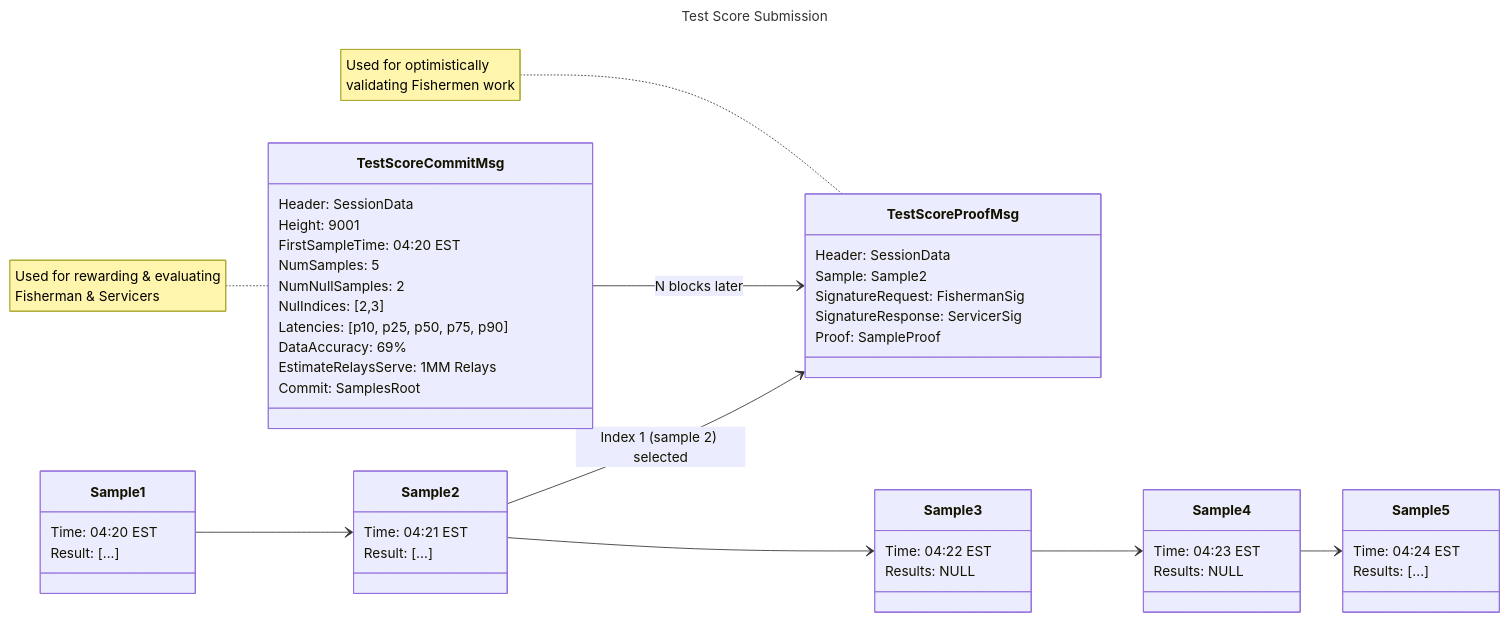
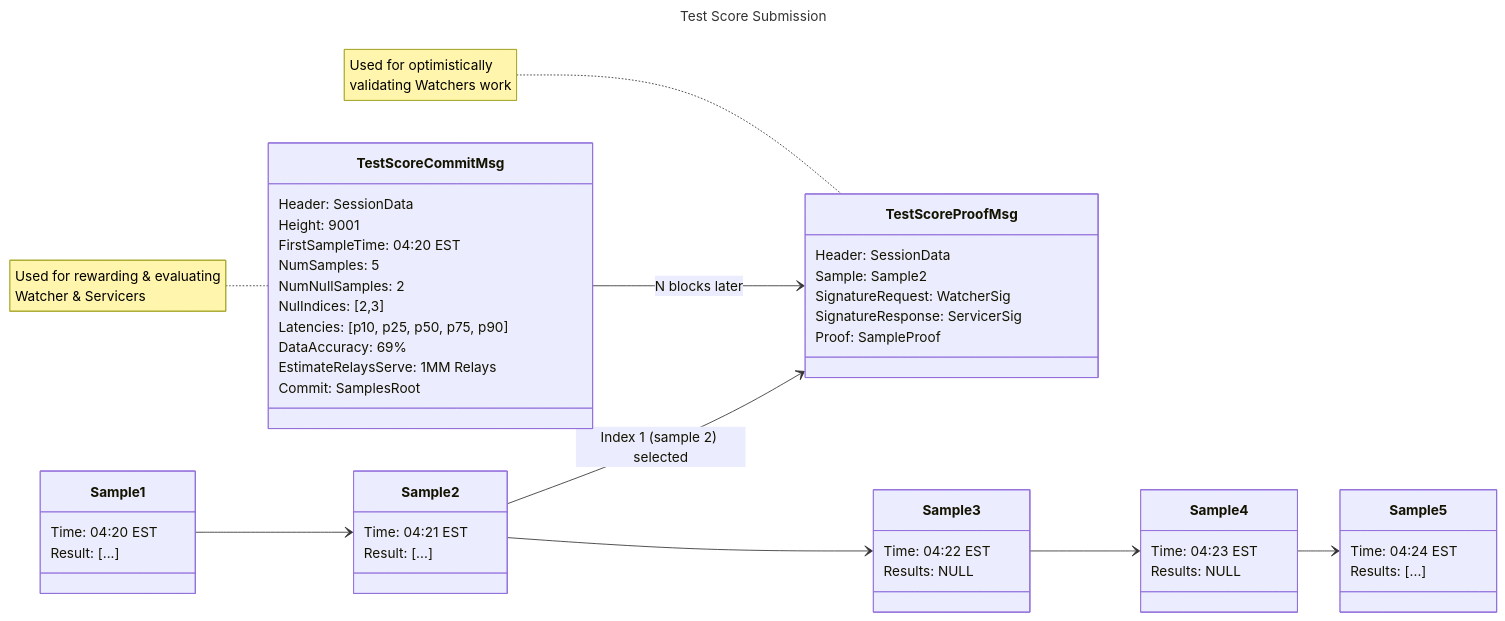
The tenth of 16 diagrams in utility/README.md (pokt-network/pocket-network-protocol), drawn with Mermaid before and after one commit. The commit also changed other lines of this file and 2 other files, not shown here.

Commit message:
Rename all instances of fisherman to watcher

````diff
--- a/utility/README.md
+++ b/utility/README.md
@@ -633,59 +633,59 @@
 ```mermaid
 ---
 title: Test Score Submission
 ---
 classDiagram
     direction LR
 
-    note for TestScoreCommitMsg "Used for rewarding & evaluating<br> Fisherman & Servicers"
+    note for TestScoreCommitMsg "Used for rewarding & evaluating<br> Watcher & Servicers"
     class TestScoreCommitMsg{
         Header: SessionData
         Height: 9001
         FirstSampleTime: 04:20 EST
         NumSamples: 5
         NumNullSamples: 2
         NulIndices: [2,3]
         Latencies: [p10, p25, p50, p75, p90]
         DataAccuracy: 69%
         EstimateRelaysServe: 1MM Relays
         Commit: SamplesRoot
     }
 
-    note for TestScoreProofMsg "Used for optimistically<br>validating Fishermen work"
+    note for TestScoreProofMsg "Used for optimistically<br>validating Watchers work"
     class TestScoreProofMsg{
         Header: SessionData
         Sample: Sample2
-        SignatureRequest: FishermanSig
+        SignatureRequest: WatcherSig
         SignatureResponse: ServicerSig
         Proof: SampleProof
     }
 
     class Sample1{
         Time: 04:20 EST
         Result: [...]
     }
     class Sample2{
         Time: 04:21 EST
         Result: [...]
     }
     class Sample3{
         Time: 04:22 EST
         Results: NULL
     }
     class Sample4{
         Time: 04:23 EST
         Results: NULL
     }
     class Sample5{
         Time: 04:24 EST
         Results: [...]
     }
 
     TestScoreCommitMsg --> TestScoreProofMsg: N blocks later
     Sample2 --> TestScoreProofMsg: Index 1 (sample 2) selected
 
     Sample1 --> Sample2
     Sample2 --> Sample3
     Sample3 --> Sample4
     Sample4 --> Sample5
 ```
````
